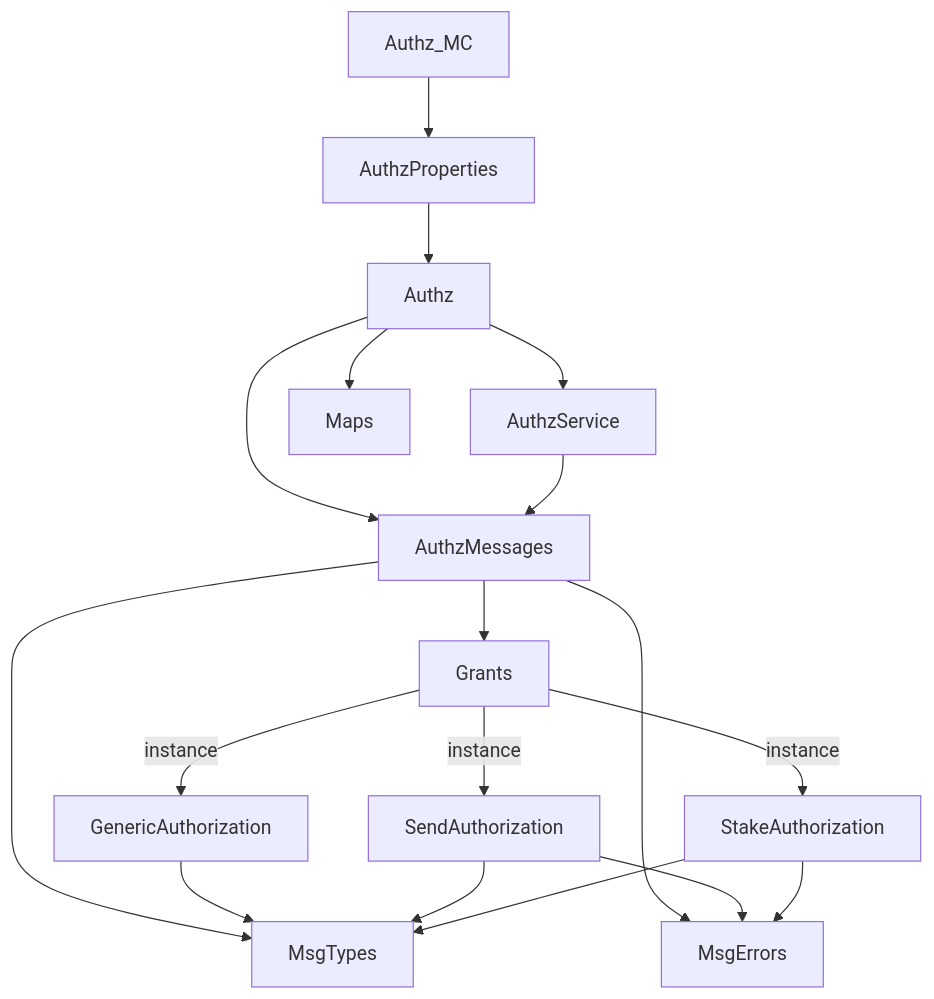
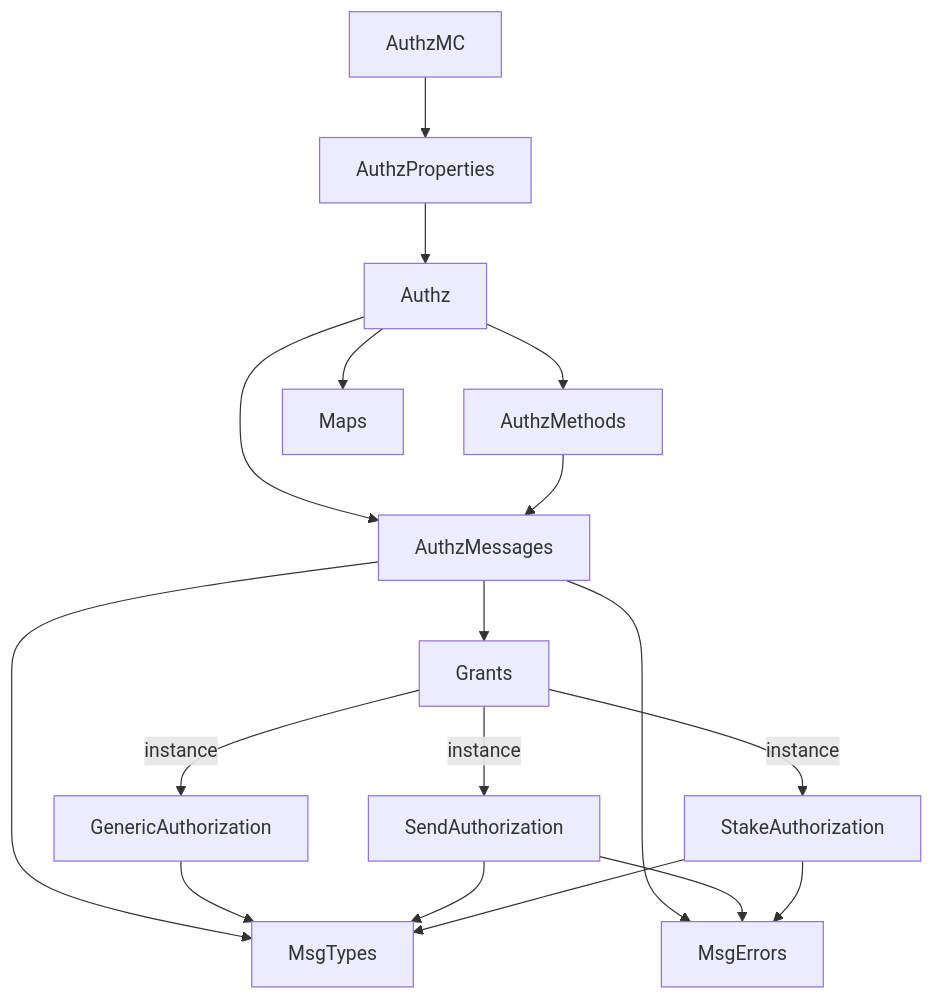
The diagram in models/authz/docs/module_dependencies.md (informalsystems/atomkraft-cosmos), drawn with Mermaid before and after one commit. The commit also changed 7 other files, not shown here.

````diff
--- a/models/authz/docs/module_dependencies.md
+++ b/models/authz/docs/module_dependencies.md
@@ -3,7 +3,7 @@
 ```mermaid
 flowchart TB
-    Authz_MC --> AuthzProperties --> Authz --> AuthzService & AuthzMessages & Maps
-    AuthzService --> AuthzMessages --> MsgTypes & MsgErrors & Grants
+    AuthzMC --> AuthzProperties --> Authz --> AuthzMethods & AuthzMessages & Maps
+    AuthzMethods --> AuthzMessages --> MsgTypes & MsgErrors & Grants
     Grants -->|instance| GenericAuthorization & SendAuthorization & StakeAuthorization --> MsgTypes
     SendAuthorization & StakeAuthorization --> MsgErrors
 ```
````
